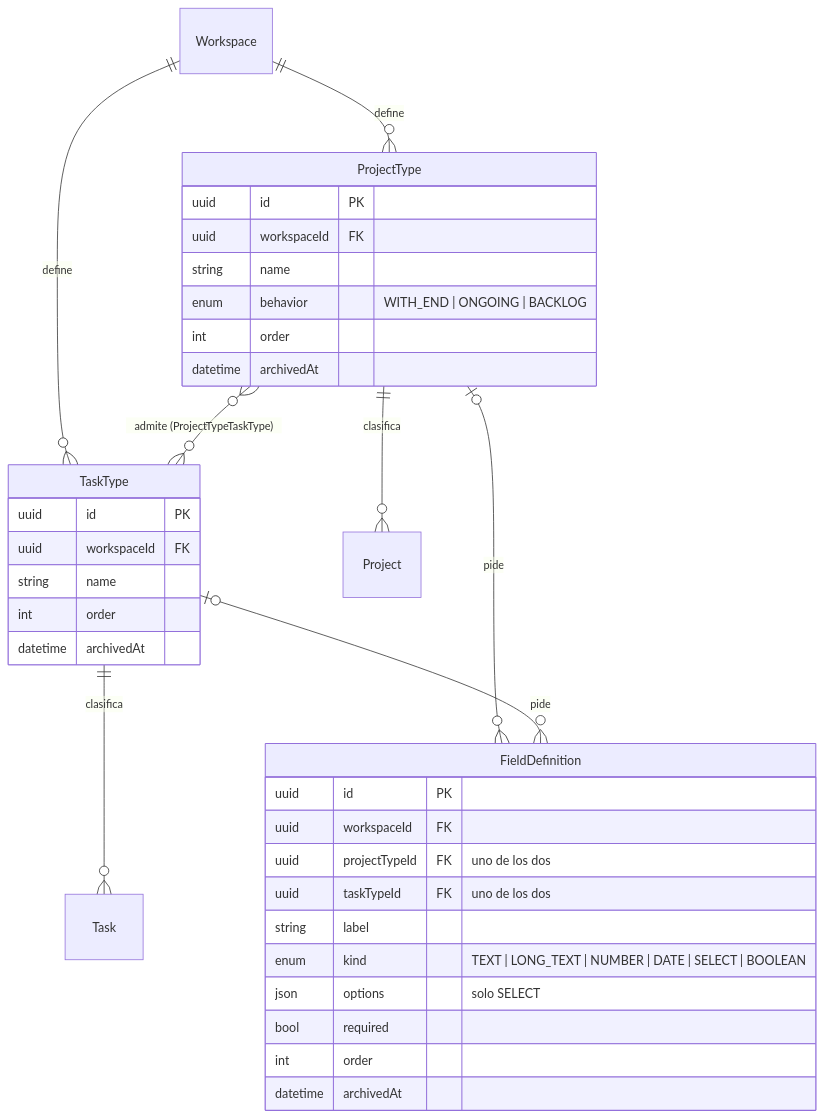
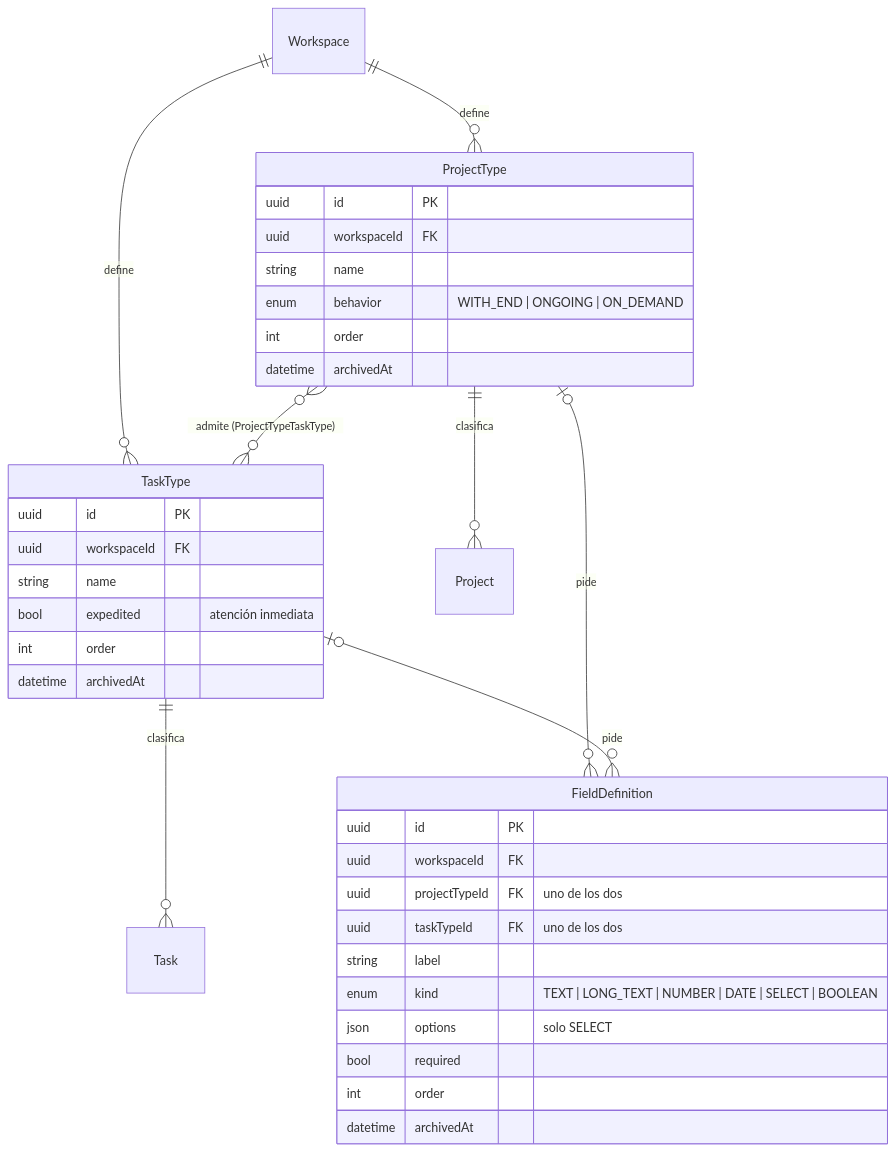
Before and after one commit to rulistar/gestion-proyectos: the diagram in docs/adr/ADR-0004-tipos-de-trabajo.md, drawn with Mermaid. The commit also changed other lines of this file, not shown here.

````diff
--- a/docs/adr/ADR-0004-tipos-de-trabajo.md
+++ b/docs/adr/ADR-0004-tipos-de-trabajo.md
@@ -99,38 +101,39 @@
 ```mermaid
 erDiagram
     Workspace ||--o{ ProjectType : "define"
     Workspace ||--o{ TaskType : "define"
     ProjectType ||--o{ Project : "clasifica"
     TaskType ||--o{ Task : "clasifica"
     ProjectType }o--o{ TaskType : "admite (ProjectTypeTaskType)"
     ProjectType |o--o{ FieldDefinition : "pide"
     TaskType |o--o{ FieldDefinition : "pide"
 
     ProjectType {
         uuid id PK
         uuid workspaceId FK
         string name
-        enum behavior "WITH_END | ONGOING | BACKLOG"
+        enum behavior "WITH_END | ONGOING | ON_DEMAND"
         int order
         datetime archivedAt
     }
     TaskType {
         uuid id PK
         uuid workspaceId FK
         string name
+        bool expedited "atención inmediata"
         int order
         datetime archivedAt
     }
     FieldDefinition {
         uuid id PK
         uuid workspaceId FK
         uuid projectTypeId FK "uno de los dos"
         uuid taskTypeId FK "uno de los dos"
         string label
         enum kind "TEXT | LONG_TEXT | NUMBER | DATE | SELECT | BOOLEAN"
         json options "solo SELECT"
         bool required
         int order
         datetime archivedAt
     }
 ```
````
